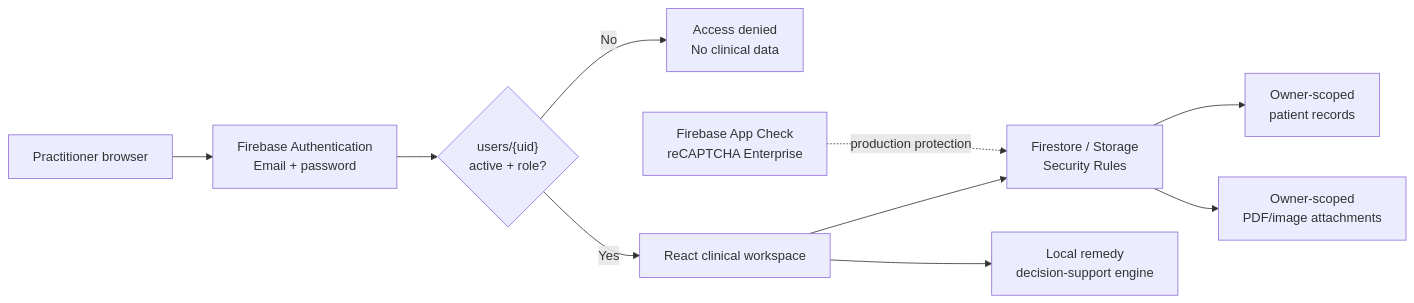
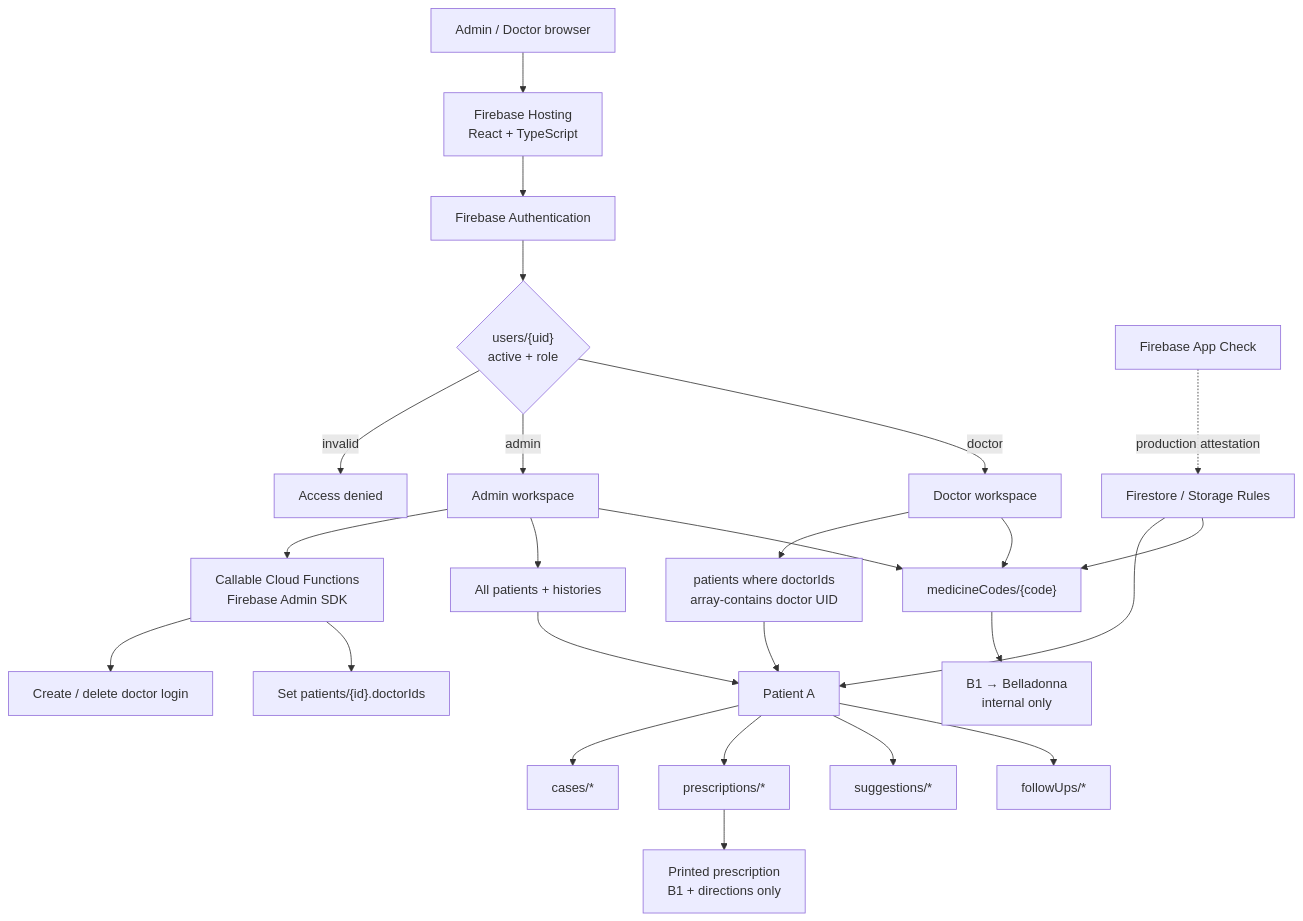
Before and after one commit to paritoshsingh0207/patient-case-manager: the diagram in README.md, drawn with Mermaid. The commit also changed other lines of this file, not shown here.

Commit message:
docs: explain admin care teams and coded prescription architecture

````diff
--- a/README.md
+++ b/README.md
@@ -9,12 +27,35 @@
 ```mermaid
-flowchart LR
-    Browser["Practitioner browser"] --> Login["Firebase Authentication\nEmail + password"]
-    Login --> Gate{"users/{uid}\nactive + role?"}
-    Gate -- No --> Denied["Access denied\nNo clinical data"]
-    Gate -- Yes --> UI["React clinical workspace"]
-    UI --> Rules["Firestore / Storage\nSecurity Rules"]
-    Rules --> Patient["Owner-scoped\npatient records"]
-    Rules --> Files["Owner-scoped\nPDF/image attachments"]
-    UI --> Engine["Local remedy\ndecision-support engine"]
-    AppCheck["Firebase App Check\nreCAPTCHA Enterprise"] -. production protection .-> Rules
+flowchart TD
+    Device["Admin / Doctor browser"] --> Hosting["Firebase Hosting\nReact + TypeScript"]
+    Hosting --> Auth["Firebase Authentication"]
+    Auth --> Profile{"users/{uid}\nactive + role"}
+
+    Profile -- invalid --> Denied["Access denied"]
+    Profile -- admin --> AdminUI["Admin workspace"]
+    Profile -- doctor --> DoctorUI["Doctor workspace"]
+
+    AdminUI --> AdminFns["Callable Cloud Functions\nFirebase Admin SDK"]
+    AdminFns --> AuthAdmin["Create / delete doctor login"]
+    AdminFns --> Assign["Set patients/{id}.doctorIds"]
+
+    AdminUI --> AllPatients["All patients + histories"]
+    DoctorUI --> AssignedQuery["patients where doctorIds\narray-contains doctor UID"]
+
+    AssignedQuery --> Patient["Patient A"]
+    AllPatients --> Patient
+
+    Patient --> Cases["cases/*"]
+    Patient --> Prescriptions["prescriptions/*"]
+    Patient --> Suggestions["suggestions/*"]
+    Patient --> Followups["followUps/*"]
+
+    AdminUI --> Codes["medicineCodes/{code}"]
+    DoctorUI --> Codes
+
+    Codes --> Internal["B1 → Belladonna\ninternal only"]
+    Prescriptions --> PatientCopy["Printed prescription\nB1 + directions only"]
+
+    Rules["Firestore / Storage Rules"] --> Patient
+    Rules --> Codes
+    AppCheck["Firebase App Check"] -. production attestation .-> Rules
 ```
````
